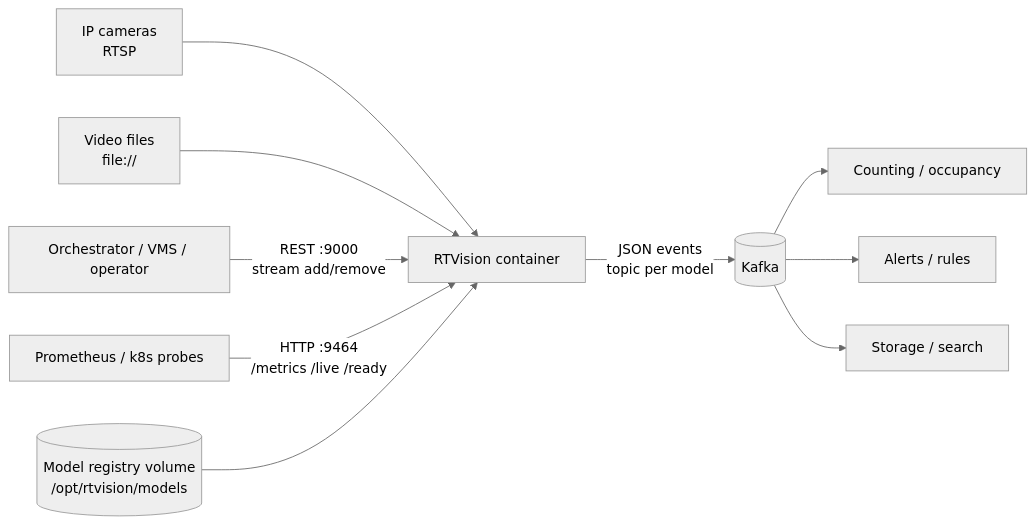
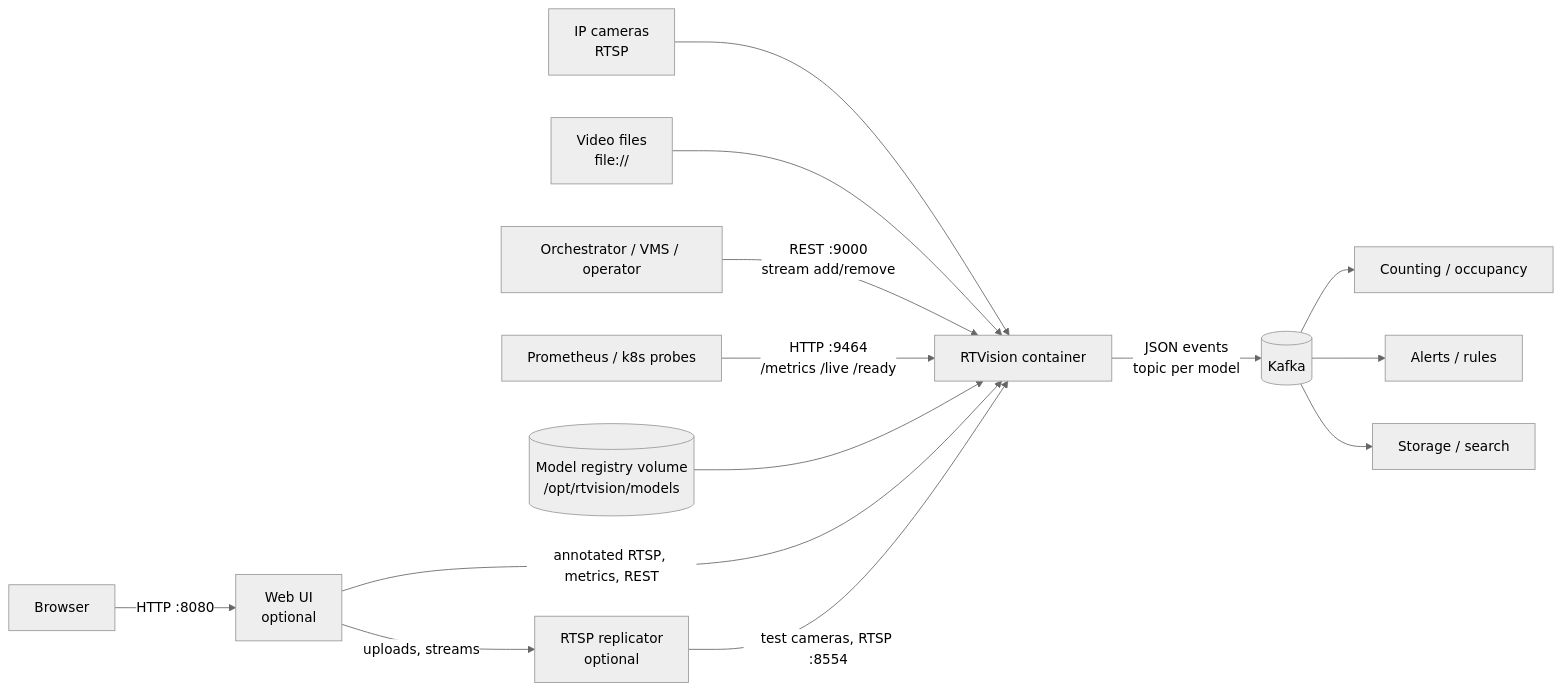
The first of 4 diagrams in ARCHITECTURE.md (abhinand4as/rtvision), drawn with Mermaid (neutral theme) before and after one commit. The commit also changed other lines of this file and 15 other files, not shown here.

Commit message:
docs: update all documents for the web UI, replicator and demo

````diff
--- a/ARCHITECTURE.md
+++ b/ARCHITECTURE.md
@@ -36,12 +36,16 @@
 ```mermaid
 flowchart LR
     CAM[IP cameras<br/>RTSP] --> P
     FILE[Video files<br/>file://] --> P
     ORCH[Orchestrator / VMS / operator] -- REST :9000<br/>stream add/remove --> P
     MON[Prometheus / k8s probes] -- HTTP :9464<br/>/metrics /live /ready --> P
     REG[(Model registry volume<br/>/opt/rtvision/models)] --> P
     P[RTVision container] -- JSON events<br/>topic per model --> K[(Kafka)]
     K --> C1[Counting / occupancy]
     K --> C2[Alerts / rules]
     K --> C3[Storage / search]
+    U[Browser] -- HTTP :8080 --> UI[Web UI<br/>optional]
+    UI -- annotated RTSP, metrics, REST --> P
+    UI -- uploads, streams --> RP[RTSP replicator<br/>optional]
+    RP -- test cameras, RTSP :8554 --> P
 ```
````
